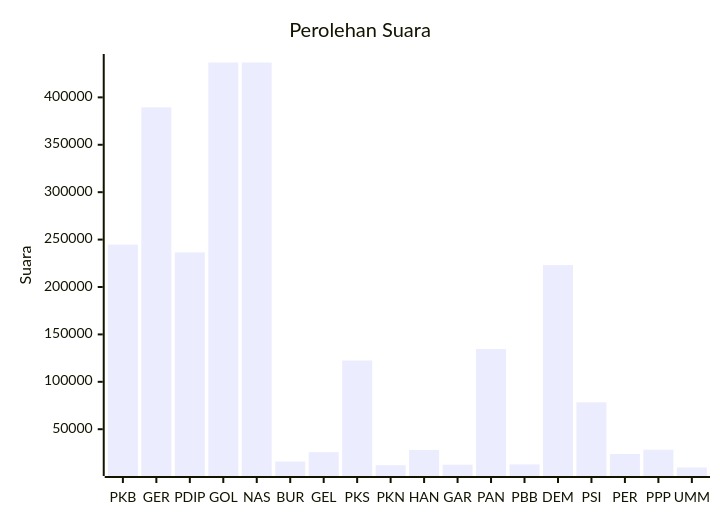
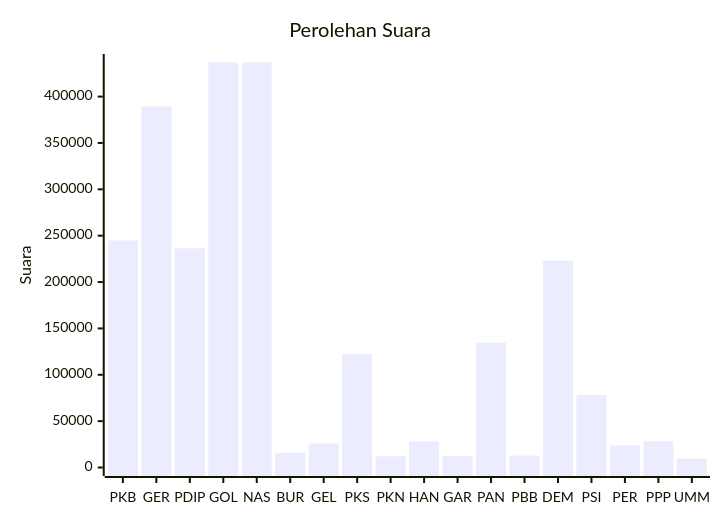
The diagram in pileg-dpr/hitung-suara/sub/table-wilayah-16.md (gigit-pemilu/pemilu-2024), drawn with Mermaid before and after one commit. The commit also changed 57 other files, not shown here.

````diff
--- a/pileg-dpr/hitung-suara/sub/table-wilayah-16.md
+++ b/pileg-dpr/hitung-suara/sub/table-wilayah-16.md
@@ -7,7 +7,7 @@
 ```mermaid
 xychart-beta
     title "Perolehan Suara"
     x-axis [PKB, GER, PDIP, GOL, NAS, BUR, GEL, PKS, PKN, HAN, GAR, PAN, PBB, DEM, PSI, PER, PPP, UMM]
-    y-axis "Suara"
+    y-axis "Suara" 0 --> 436776
     bar [244763, 389443, 236440, 436776, 436753, 15926, 25830, 122496, 12093, 28093, 12593, 134589, 12944, 223039, 78340, 23909, 28419, 9626]
 ```
````
